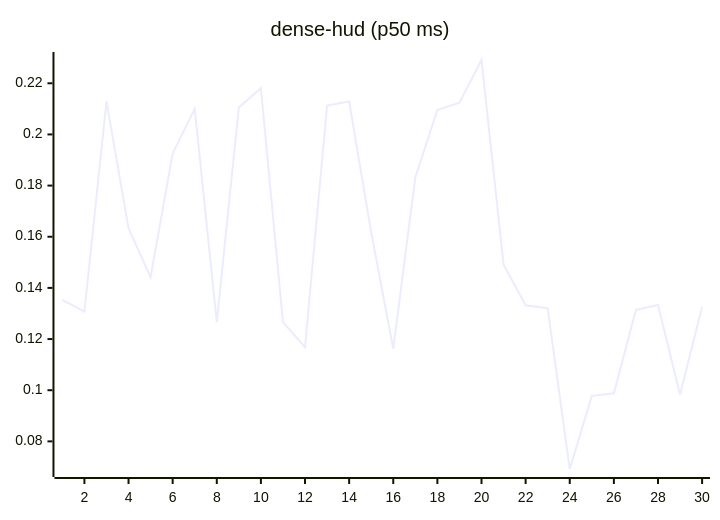
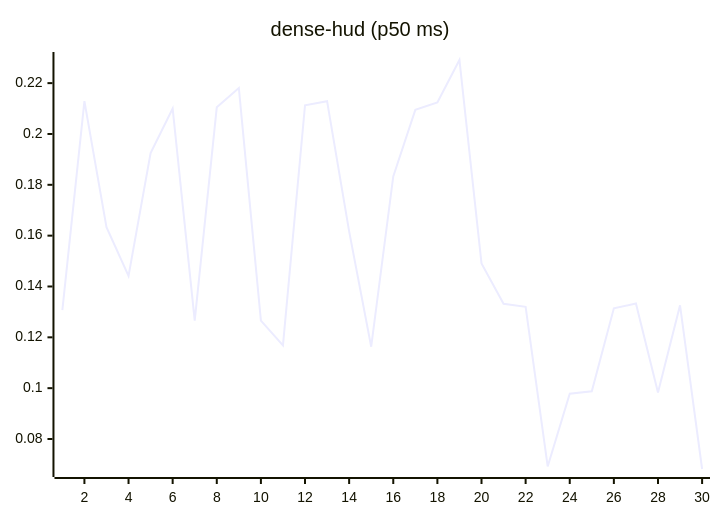
The eighth of 27 diagrams in README.md (josha/Facet), drawn with Mermaid before and after one commit. The commit also changed other lines of this file and 2 other files, not shown here.

````diff
--- a/README.md
+++ b/README.md
@@ -112,6 +112,6 @@
 ```mermaid
 xychart-beta
     title "dense-hud (p50 ms)"
     x-axis 1 --> 30
-    line [0.1353, 0.1307, 0.2129, 0.1633, 0.1442, 0.1925, 0.2100, 0.1266, 0.2105, 0.2181, 0.1266, 0.1168, 0.2113, 0.2129, 0.1617, 0.1163, 0.1833, 0.2095, 0.2124, 0.2291, 0.1491, 0.1332, 0.1320, 0.0692, 0.0978, 0.0988, 0.1314, 0.1333, 0.0983, 0.1326]
+    line [0.1307, 0.2129, 0.1633, 0.1442, 0.1925, 0.2100, 0.1266, 0.2105, 0.2181, 0.1266, 0.1168, 0.2113, 0.2129, 0.1617, 0.1163, 0.1833, 0.2095, 0.2124, 0.2291, 0.1491, 0.1332, 0.1320, 0.0692, 0.0978, 0.0988, 0.1314, 0.1333, 0.0983, 0.1326, 0.0682]
 ```
````
